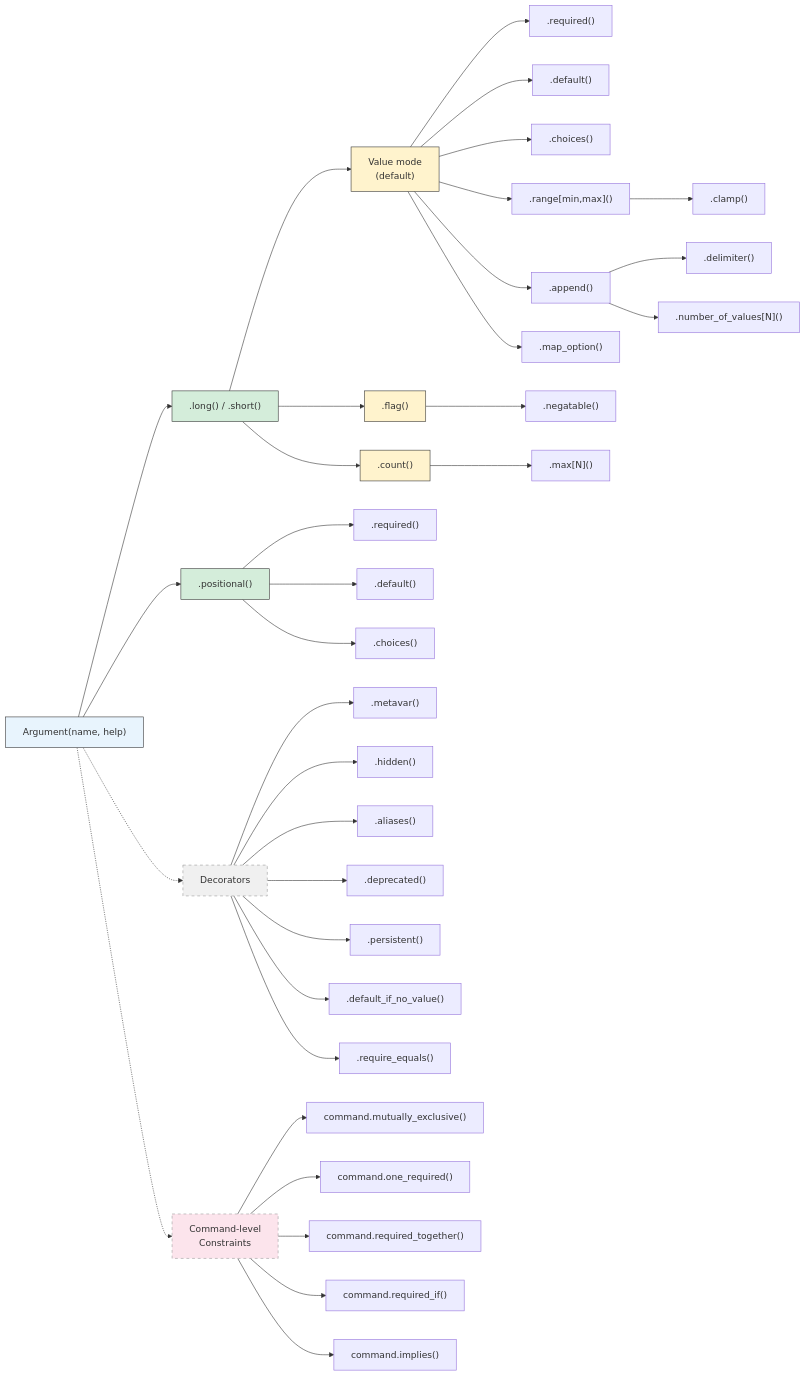
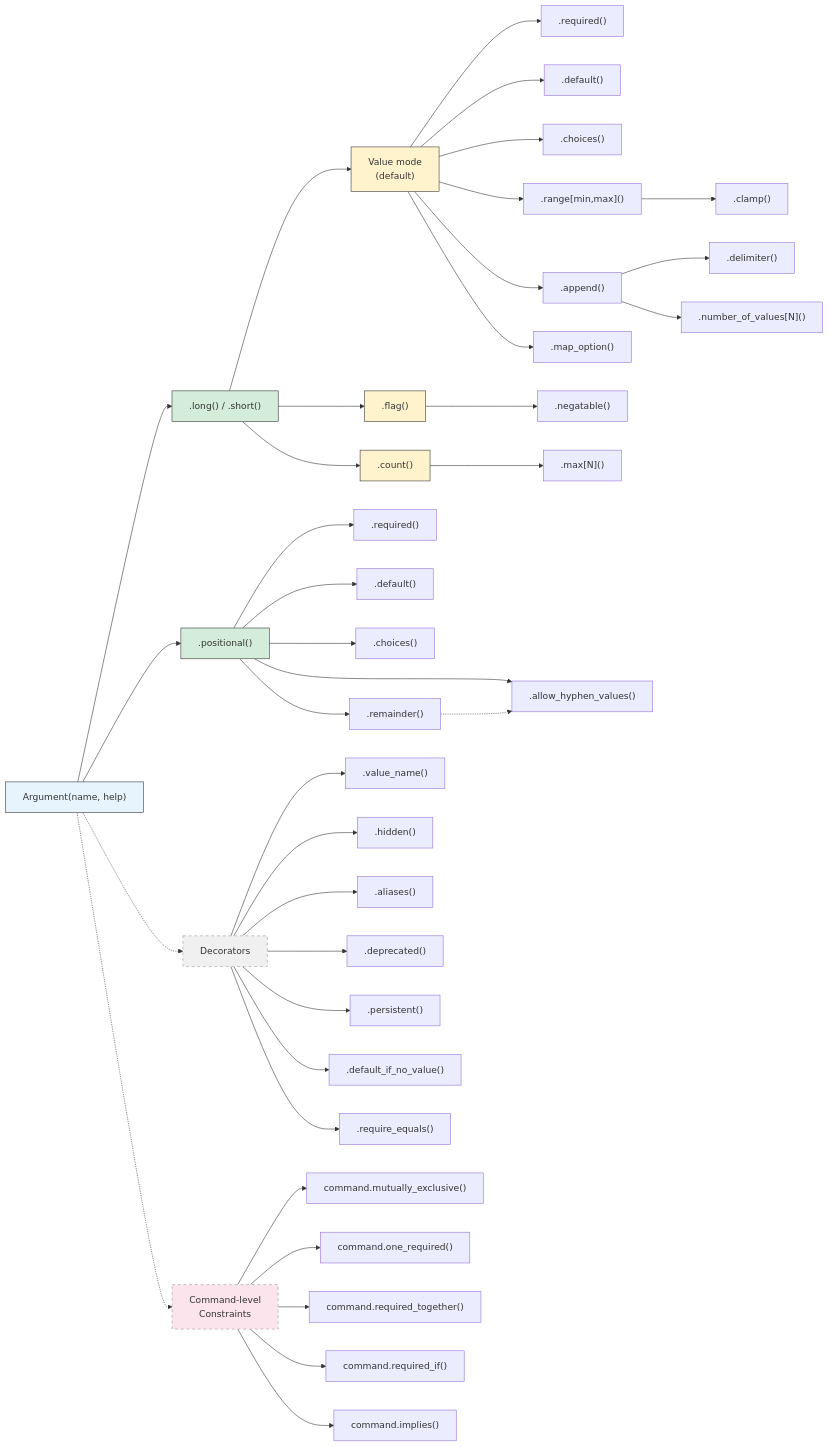
Before and after one commit to forfudan/argmojo: the diagram in docs/user_manual.md, drawn with Mermaid. The commit also changed other lines of this file and 13 other files, not shown here.

First line of the commit message:
[core] Rename `metavar` to `value_name` +  consume remainder args + hyphen values + partial parsing (#14)

````diff
--- a/docs/user_manual.md
+++ b/docs/user_manual.md
@@ -1101,53 +1119,56 @@
 ```mermaid
 flowchart LR
     ARG["Argument(name, help)"]
 
     ARG --> NAMED[".long() / .short()"]
     ARG --> POS[".positional()"]
 
     NAMED --> VAL["Value mode\n(default)"]
     NAMED --> FLAG[".flag()"]
     NAMED --> COUNT[".count()"]
 
     VAL --> req1[".required()"]
     VAL --> def1[".default()"]
     VAL --> cho1[".choices()"]
     VAL --> rng[".range[min,max]()"]
     rng --> clp[".clamp()"]
     VAL --> app[".append()"]
     app --> delim[".delimiter()"]
     app --> nvals[".number_of_values[N]()"]
     VAL --> mapopt[".map_option()"]
 
     FLAG --> neg[".negatable()"]
     COUNT --> maxn[".max[N]()"]
 
     POS --> req2[".required()"]
     POS --> def2[".default()"]
     POS --> cho2[".choices()"]
+    POS --> ahv[".allow_hyphen_values()"]
+    POS --> rem[".remainder()"]
+    rem -.-> ahv
 
     ARG -.-> DEC["Decorators"]
-    DEC --> meta[".metavar()"]
+    DEC --> meta[".value_name()"]
     DEC --> hid[".hidden()"]
     DEC --> ali[".aliases()"]
     DEC --> dep[".deprecated()"]
     DEC --> per[".persistent()"]
     DEC --> dinv[".default_if_no_value()"]
     DEC --> reqeq[".require_equals()"]
 
     ARG -.-> CMDCON["Command-level\nConstraints"]
     CMDCON --> mutex["command.mutually_exclusive()"]
     CMDCON --> onereq["command.one_required()"]
     CMDCON --> reqtog["command.required_together()"]
     CMDCON --> reqif["command.required_if()"]
     CMDCON --> imp["command.implies()"]
 
     style ARG fill:#e8f4fd,stroke:#333
     style NAMED fill:#d4edda,stroke:#333
     style POS fill:#d4edda,stroke:#333
     style FLAG fill:#fff3cd,stroke:#333
     style COUNT fill:#fff3cd,stroke:#333
     style VAL fill:#fff3cd,stroke:#333
     style DEC fill:#f0f0f0,stroke:#999,stroke-dasharray: 5 5
     style CMDCON fill:#fce4ec,stroke:#999,stroke-dasharray: 5 5
 ```
````
